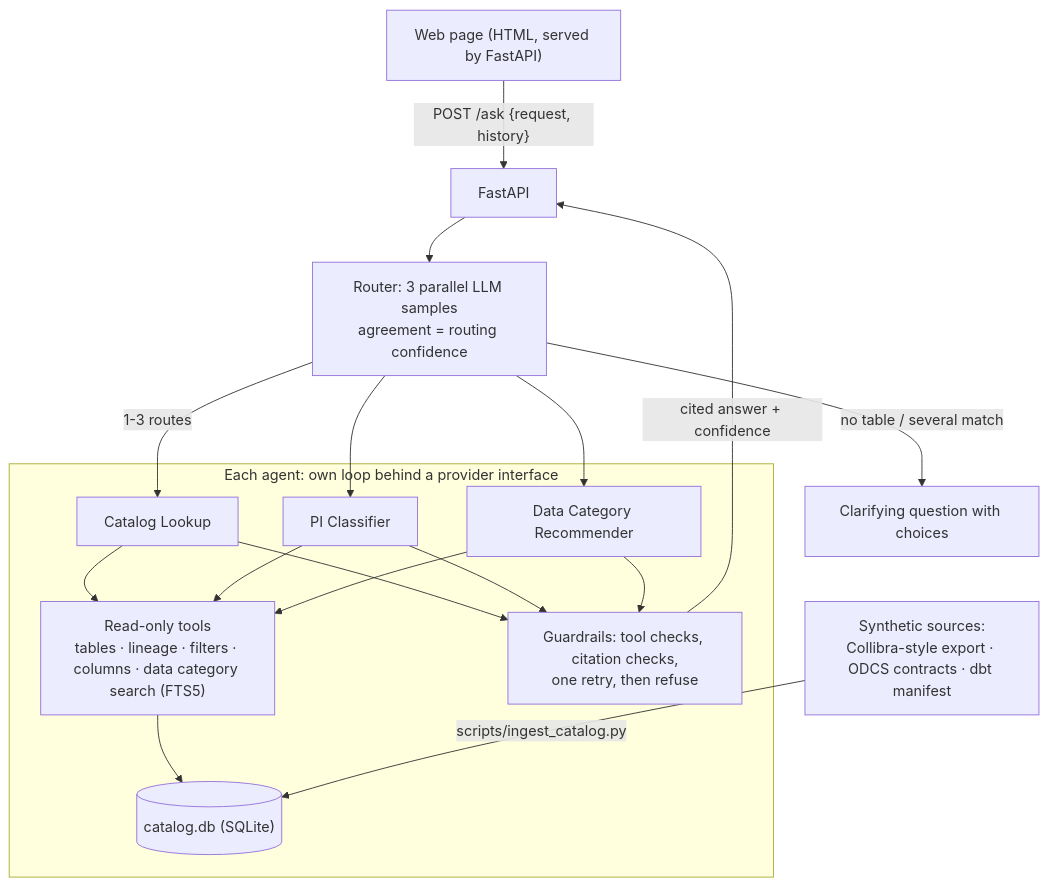
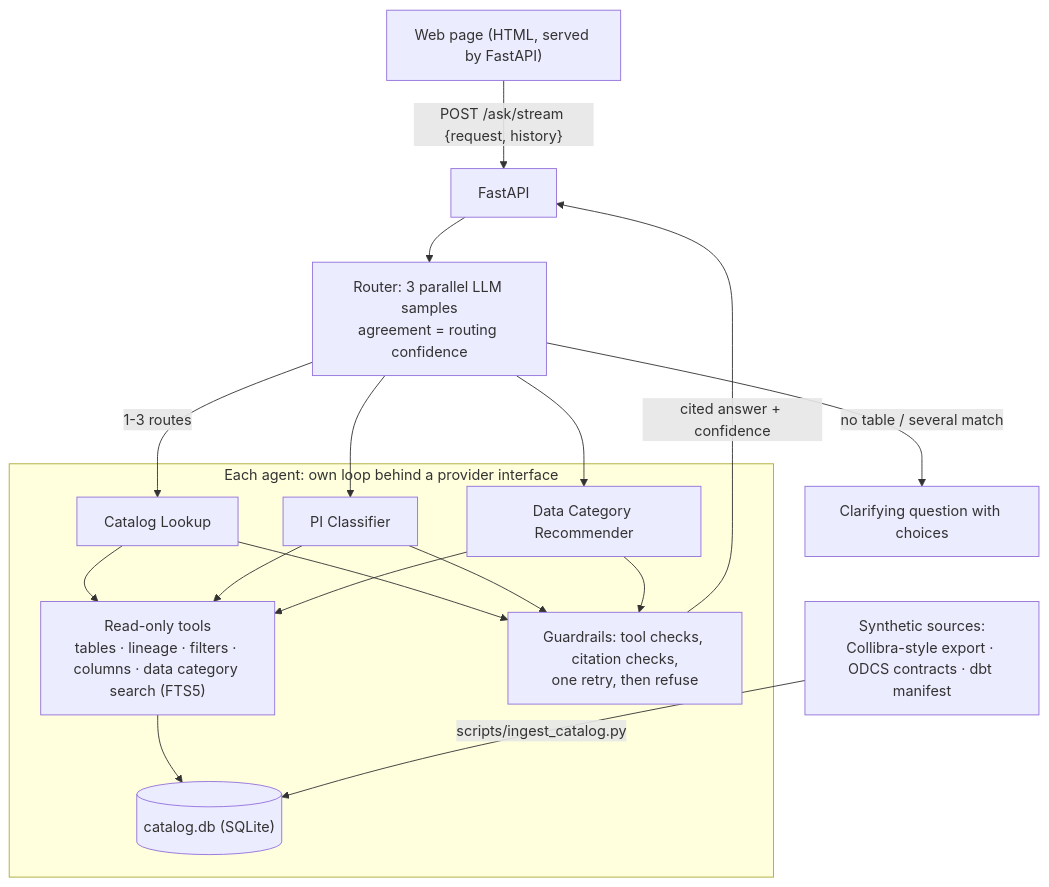
Before and after one commit to AsquareTechPtyLtd/data-catalog-iq: the diagram in README.md, drawn with Mermaid. The commit also changed other lines of this file and 13 other files, not shown here.

````diff
--- a/README.md
+++ b/README.md
@@ -27,16 +27,16 @@
 ```mermaid
 flowchart TB
-    UI["Web page (HTML, served by FastAPI)"] -->|"POST /ask {request, history}"| API[FastAPI]
+    UI["Web page (HTML, served by FastAPI)"] -->|"POST /ask/stream {request, history}"| API[FastAPI]
     API --> R["Router: 3 parallel LLM samples<br/>agreement = routing confidence"]
     R -->|1-3 routes| CL[Catalog Lookup]
     R --> PI[PI Classifier]
     R --> DC[Data Category Recommender]
     R -->|"no table / several match"| Q[Clarifying question with choices]
     subgraph agent["Each agent: own loop behind a provider interface"]
         CL & PI & DC --> T["Read-only tools<br/>tables · lineage · filters · columns · data category search (FTS5)"]
         T --> DB[("catalog.db (SQLite)")]
         CL & PI & DC --> G["Guardrails: tool checks, citation checks,<br/>one retry, then refuse"]
     end
     G -->|"cited answer + confidence"| API
     S["Synthetic sources:<br/>Collibra-style export · ODCS contracts · dbt manifest"] -->|scripts/ingest_catalog.py| DB
 ```
````
